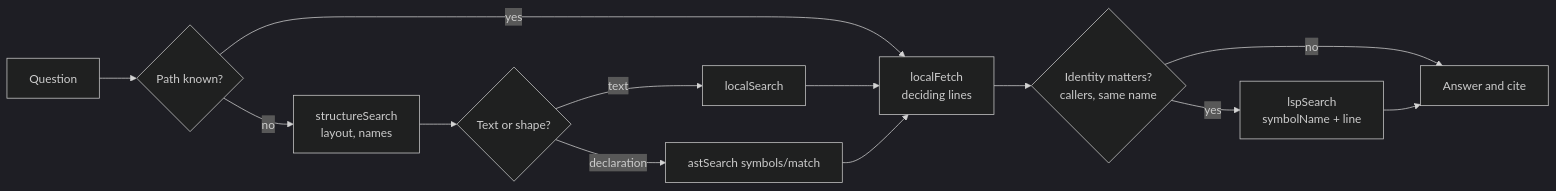
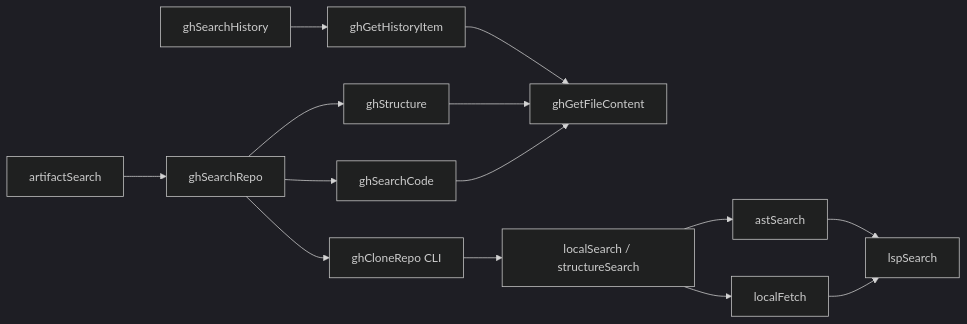
Before and after one commit to bgauryy/octocode: the diagram in docs/OCTOCODE_WORKFLOWS.md, drawn with Mermaid (dark theme). The commit also changed other lines of this file and 1999 other files, not shown here.

````diff
--- a/docs/OCTOCODE_WORKFLOWS.md
+++ b/docs/OCTOCODE_WORKFLOWS.md
@@ -99,15 +7,16 @@
 ```mermaid
 flowchart LR
-  Q[Question] --> K{Path known?}
-  K -- no --> S[structureSearch<br/>layout, names]
-  S --> T{Text or shape?}
-  K -- yes --> F
-  T -- text --> L[localSearch]
-  T -- declaration --> A[astSearch symbols/match]
-  L --> F[localFetch<br/>deciding lines]
-  A --> F
-  F --> I{Identity matters?<br/>callers, same name}
-  I -- yes --> P[lspSearch<br/>symbolName + line]
-  I -- no --> D[Answer and cite]
-  P --> D
+  repo[ghSearchRepo] --> code[ghSearchCode]
+  repo --> tree[ghStructure]
+  code --> read[ghGetFileContent]
+  tree --> read
+  history[ghSearchHistory] --> item[ghGetHistoryItem]
+  item --> read
+  package[artifactSearch] --> repo
+  repo --> clone[ghCloneRepo CLI]
+  clone --> local[localSearch / structureSearch]
+  local --> fetch[localFetch]
+  local --> ast[astSearch]
+  fetch --> lsp[lspSearch]
+  ast --> lsp
 ```
````
